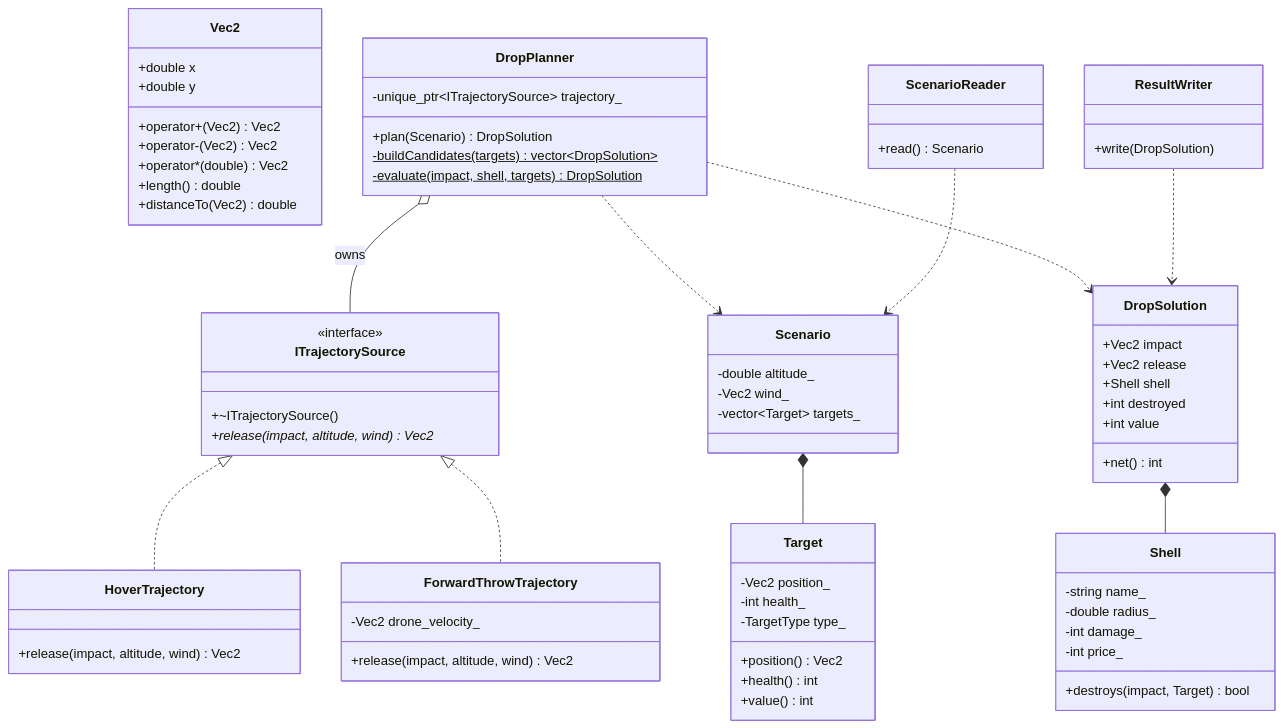
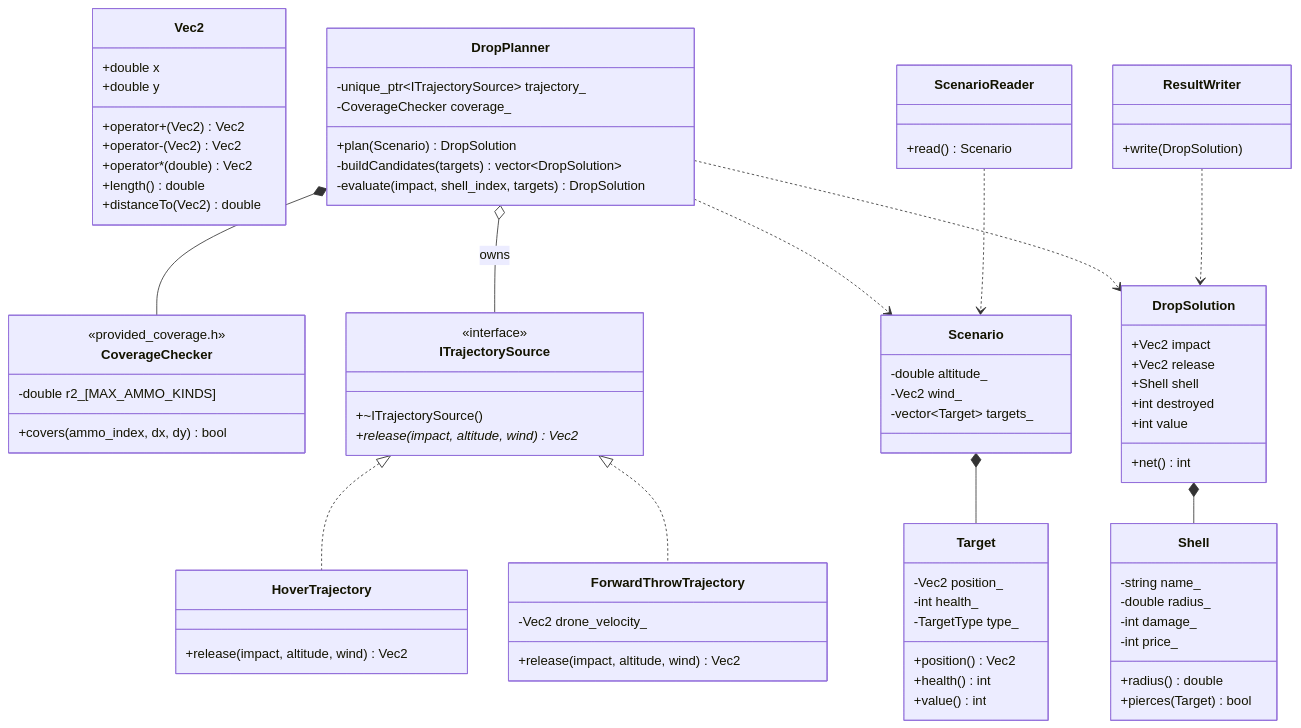
The diagram in README.md (Paliy2/drone-drop-targeting), drawn with Mermaid before and after one commit. The commit also changed other lines of this file and 3 other files, not shown here.

```diff
--- a/README.md
+++ b/README.md
@@ -97,6 +128,12 @@
         +operator*(double) Vec2
         +length() double
         +distanceTo(Vec2) double
+    }
+
+    class CoverageChecker {
+        <<provided_coverage.h>>
+        -double r2_[MAX_AMMO_KINDS]
+        +covers(ammo_index, dx, dy) bool
     }
 
     class ITrajectorySource {
@@ -127,7 +164,8 @@
         -double radius_
         -int damage_
         -int price_
-        +destroys(impact, Target) bool
+        +radius() double
+        +pierces(Target) bool
     }
     class Scenario {
         -double altitude_
@@ -144,9 +182,10 @@
     }
     class DropPlanner {
         -unique_ptr~ITrajectorySource~ trajectory_
+        -CoverageChecker coverage_
         +plan(Scenario) DropSolution
-        -buildCandidates(targets)$ vector~DropSolution~
-        -evaluate(impact, shell, targets)$ DropSolution
+        -buildCandidates(targets) vector~DropSolution~
+        -evaluate(impact, shell_index, targets) DropSolution
     }
     class ScenarioReader {
         +read() Scenario
@@ -157,6 +196,7 @@
 
     Scenario *-- Target
     DropPlanner o-- ITrajectorySource : owns
+    DropPlanner *-- CoverageChecker
     DropPlanner ..> Scenario
     DropPlanner ..> DropSolution
     DropSolution *-- Shell
```
